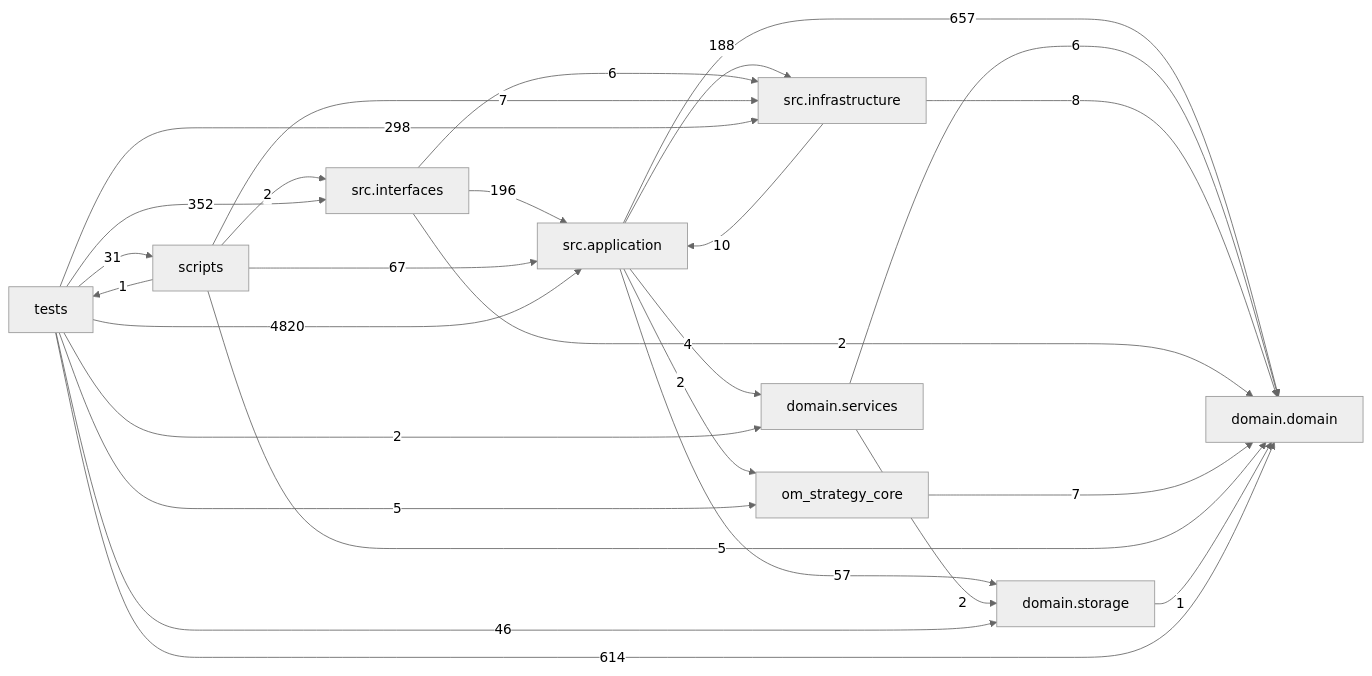
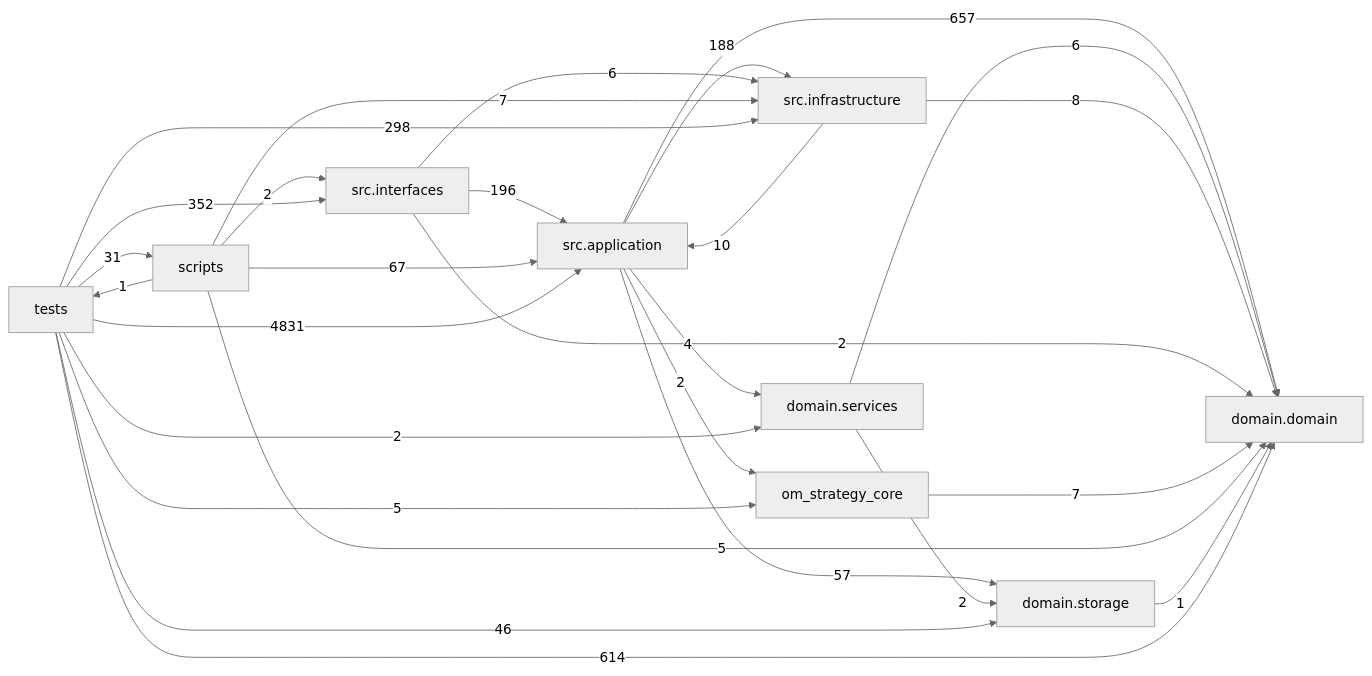
The diagram in docs/DEPENDENCY_GRAPH.md (liuxie066/options-monitor), drawn with Mermaid (neutral theme) before and after one commit. The commit also changed other lines of this file and 4 other files, not shown here.

````diff
--- a/docs/DEPENDENCY_GRAPH.md
+++ b/docs/DEPENDENCY_GRAPH.md
@@ -24,38 +24,38 @@
 ```mermaid
 flowchart LR
   tests["tests"]
   scripts["scripts"]
   interfaces["src.interfaces"]
   application["src.application"]
   infrastructure["src.infrastructure"]
   domain_services["domain.services"]
   domain["domain.domain"]
   storage["domain.storage"]
   application -->|657| domain
   application -->|4| domain_services
   application -->|188| infrastructure
   application -->|2| om_strategy_core
   application -->|57| storage
   domain_services -->|6| domain
   domain_services -->|2| storage
   infrastructure -->|10| application
   infrastructure -->|8| domain
   interfaces -->|196| application
   interfaces -->|2| domain
   interfaces -->|6| infrastructure
   om_strategy_core -->|7| domain
   scripts -->|67| application
   scripts -->|5| domain
   scripts -->|7| infrastructure
   scripts -->|2| interfaces
   scripts -->|1| tests
   storage -->|1| domain
-  tests -->|4820| application
+  tests -->|4831| application
   tests -->|614| domain
   tests -->|2| domain_services
   tests -->|298| infrastructure
   tests -->|352| interfaces
   tests -->|5| om_strategy_core
   tests -->|31| scripts
   tests -->|46| storage
 ```
````
